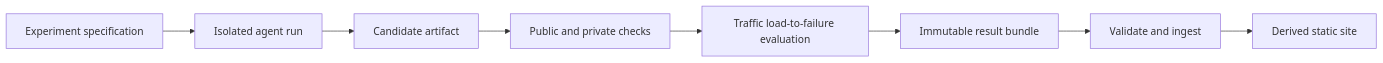
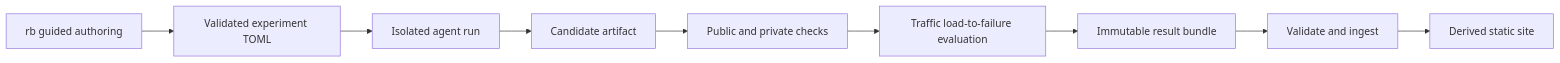
Before and after one commit to jeffgrover/ralph-bench: the diagram in docs/VISION.md, drawn with Mermaid. The commit also changed other lines of this file and 10 other files, not shown here.

````diff
--- a/docs/VISION.md
+++ b/docs/VISION.md
@@ -146,10 +163,11 @@
 ```mermaid
 flowchart LR
-    E["Experiment specification"] --> R["Isolated agent run"]
+    W["rb guided authoring"] --> E["Validated experiment TOML"]
+    E --> R["Isolated agent run"]
     R --> A["Candidate artifact"]
     A --> C["Public and private checks"]
     C --> T["Traffic load-to-failure evaluation"]
     T --> B["Immutable result bundle"]
     B --> I["Validate and ingest"]
     I --> S["Derived static site"]
 ```
````
